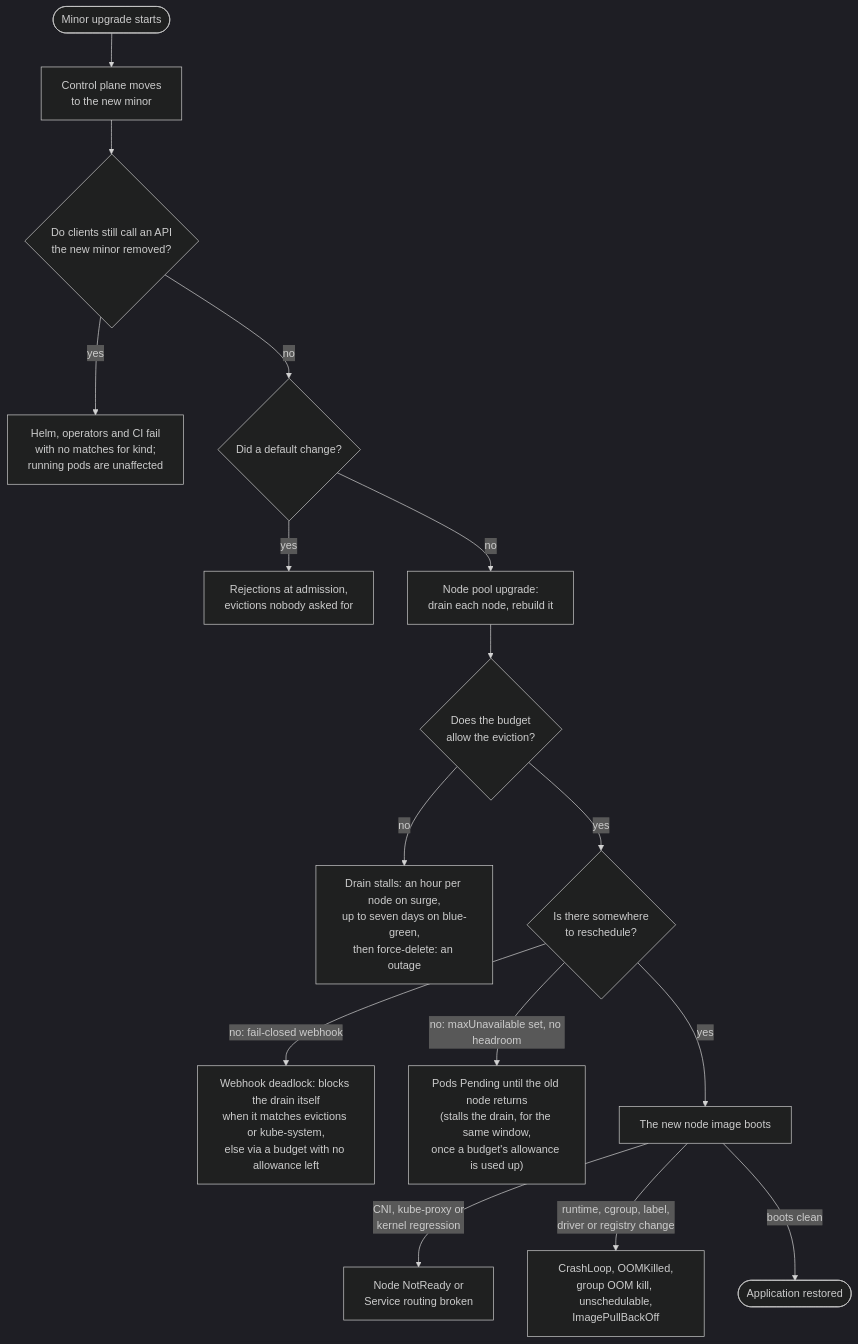
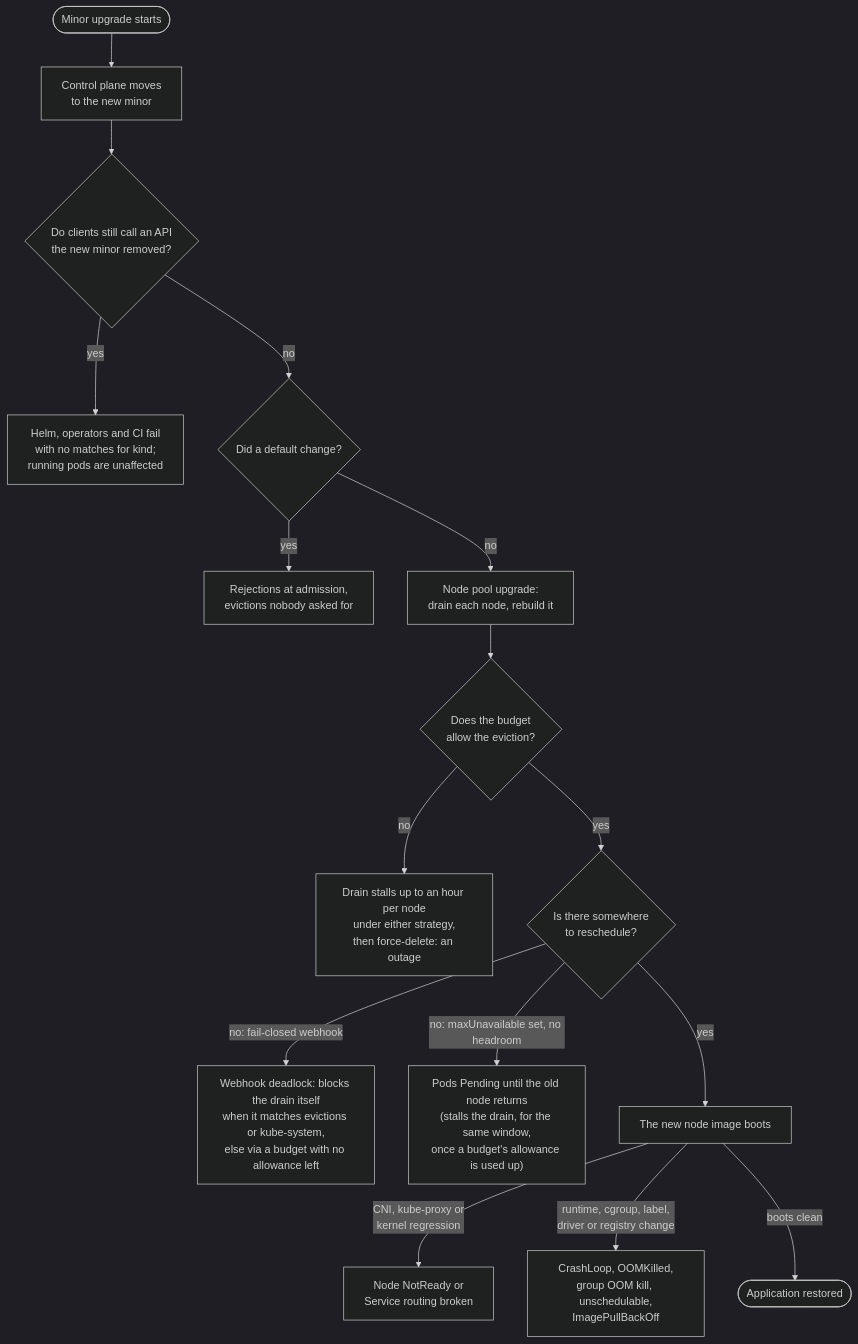
One commit to gke-labs/kube-agents changed the diagram in docs/designs/upgrade-failure-catalogue.md. Above: the diagram before and after it, drawn with Mermaid (dark theme). The commit also changed other lines of this file, not shown here.

Commit message:
docs(designs): the budget hold is one hour under both strategies; blue-green's seven days is the soak

````diff
--- a/docs/designs/upgrade-failure-catalogue.md
+++ b/docs/designs/upgrade-failure-catalogue.md
@@ -157,18 +156,18 @@
 ```mermaid
 flowchart TD
     Start([Minor upgrade starts]) --> CP[Control plane moves<br/>to the new minor]
     CP --> Removed{Do clients still call an API<br/>the new minor removed?}
     Removed -- yes --> APIDep["Helm, operators and CI fail<br/>with no matches for kind;<br/>running pods are unaffected"]
     Removed -- no --> Defaults{Did a default change?}
     Defaults -- yes --> Adm["Rejections at admission,<br/>evictions nobody asked for"]
     Defaults -- no --> Pool[Node pool upgrade:<br/>drain each node, rebuild it]
     Pool --> PDB{Does the budget<br/>allow the eviction?}
-    PDB -- no --> Stall["Drain stalls: an hour per node on surge,<br/>up to seven days on blue-green,<br/>then force-delete: an outage"]
+    PDB -- no --> Stall["Drain stalls up to an hour per node<br/>under either strategy,<br/>then force-delete: an outage"]
     PDB -- yes --> Room{Is there somewhere<br/>to reschedule?}
     Room -- "no: fail-closed webhook" --> Deadlock["Webhook deadlock: blocks the drain itself<br/>when it matches evictions or kube-system,<br/>else via a budget with no allowance left"]
     Room -- "no: maxUnavailable set, no headroom" --> Pending["Pods Pending until the old node returns<br/>(stalls the drain, for the same window,<br/>once a budget's allowance is used up)"]
     Room -- yes --> Image[The new node image boots]
     Image -- "CNI, kube-proxy or<br/>kernel regression" --> Net[Node NotReady or<br/>Service routing broken]
     Image -- "runtime, cgroup, label,<br/>driver or registry change" --> Crash["CrashLoop, OOMKilled,<br/>group OOM kill, unschedulable,<br/>ImagePullBackOff"]
     Image -- boots clean --> OK([Application restored])
 ```
````
